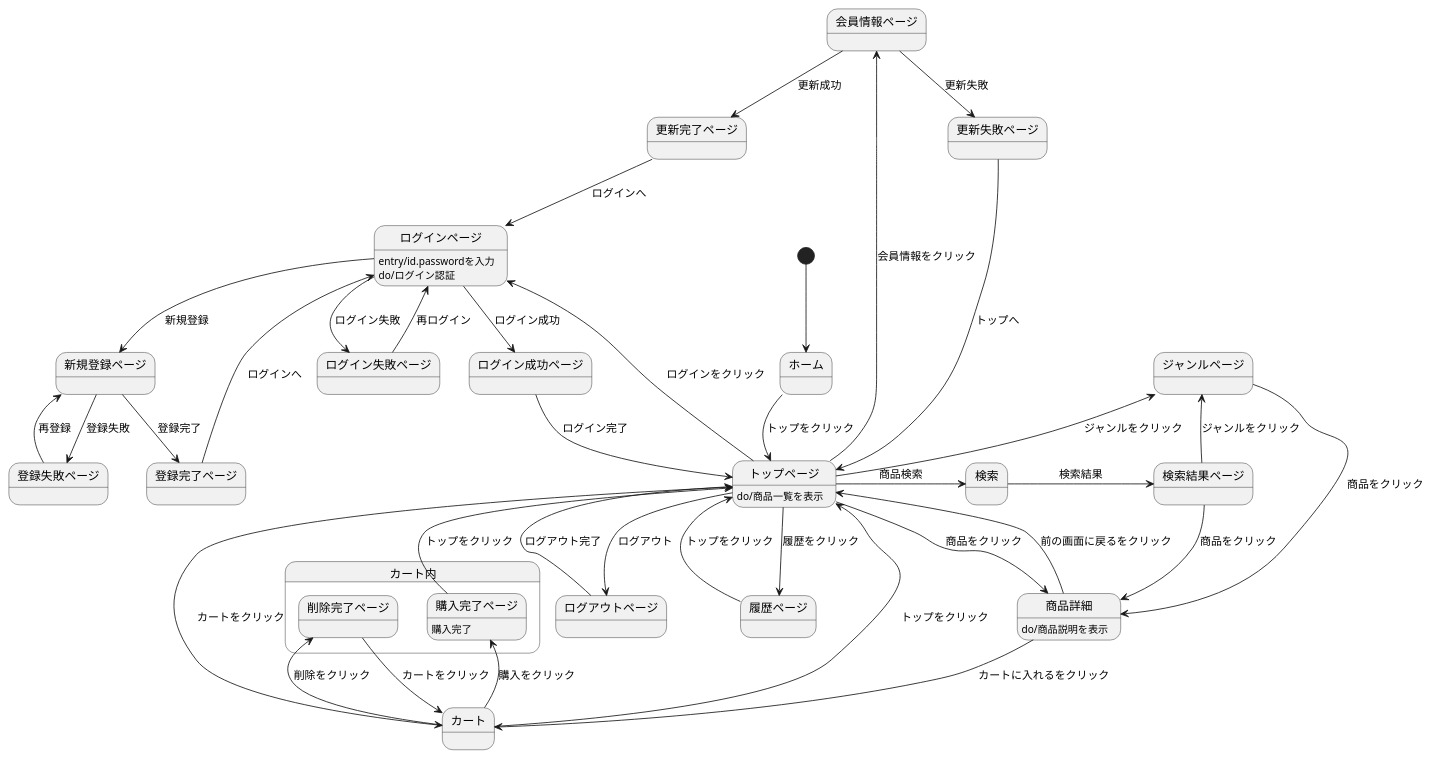
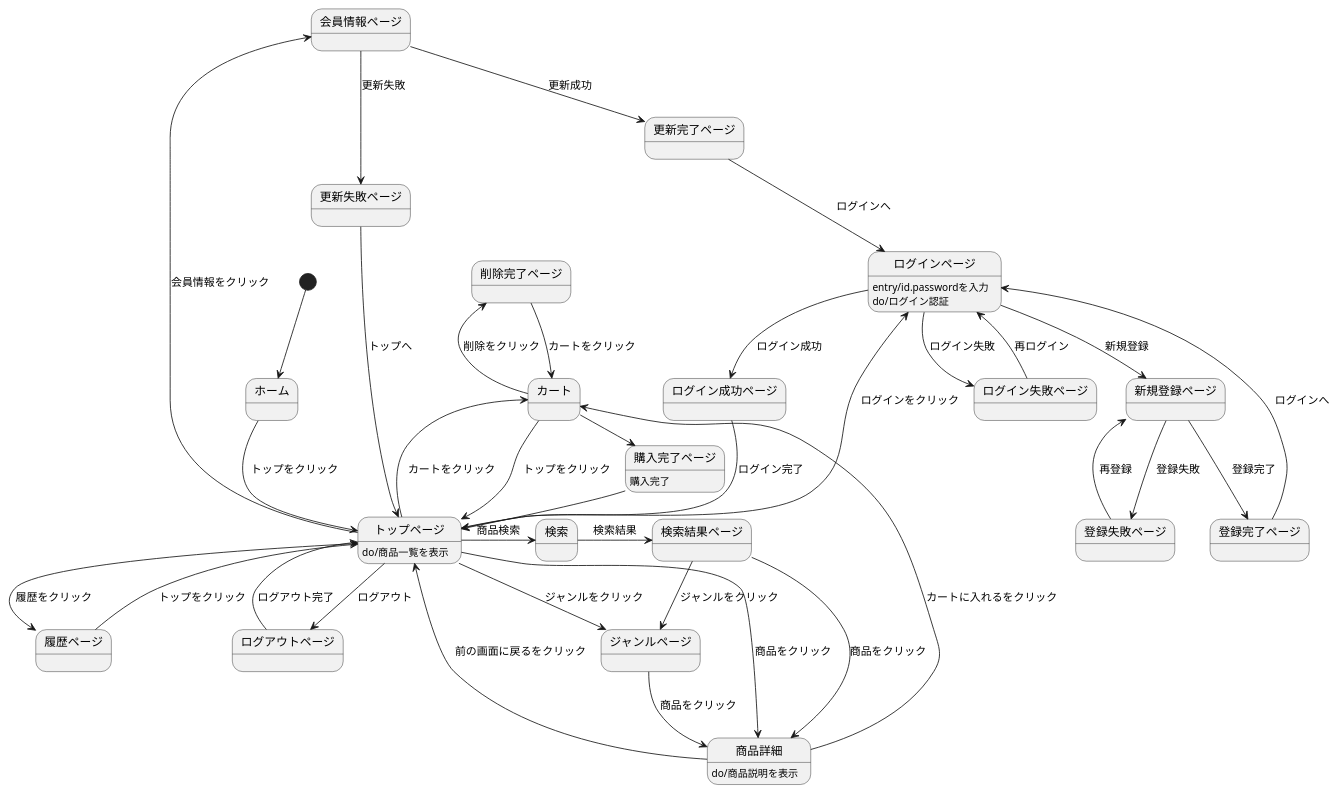
One commit to Aso2001142/2021sys-design changed the diagram in ECサイト/画面遷移図.md. Above: the diagram before and after it, drawn with PlantUML.

````diff
--- a/ECサイト/画面遷移図.md
+++ b/ECサイト/画面遷移図.md
@@ -1,57 +1,57 @@
 ```uml
 @startuml
 [*] --> ホーム
 ホーム --> トップページ : トップをクリック
 トップページ : do/商品一覧を表示
 
 トップページ -left-> ログインページ : ログインをクリック
 ログインページ : entry/id.passwordを入力
 ログインページ : do/ログイン認証
 ログインページ --> ログイン成功ページ : ログイン成功
 ログイン成功ページ --> トップページ : ログイン完了
 ログインページ --> ログイン失敗ページ : ログイン失敗
 ログイン失敗ページ -left-> ログインページ : 再ログイン
 
 ログインページ --> 新規登録ページ : 新規登録
 新規登録ページ --> 登録完了ページ : 登録完了
 登録完了ページ --> ログインページ : ログインへ
 新規登録ページ --> 登録失敗ページ : 登録失敗
 登録失敗ページ --> 新規登録ページ : 再登録
 
 トップページ -> 検索 : 商品検索
 検索 -> 検索結果ページ : 検索結果
 検索結果ページ --> ジャンルページ : ジャンルをクリック
 検索結果ページ --> 商品詳細 : 商品をクリック
 
 トップページ -> 商品詳細 : 商品をクリック
 トップページ --> カート : カートをクリック
 
 トップページ --> ログアウトページ : ログアウト
 ログアウトページ --> トップページ : ログアウト完了
 
 トップページ --> 履歴ページ : 履歴をクリック
 履歴ページ --> トップページ : トップをクリック
 
 トップページ -left-> 会員情報ページ : 会員情報をクリック
 会員情報ページ --> 更新完了ページ : 更新成功
 更新完了ページ --> ログインページ : ログインへ
 会員情報ページ --> 更新失敗ページ : 更新失敗
 更新失敗ページ --> トップページ : トップへ
 
 トップページ -left-> ジャンルページ :  ジャンルをクリック
 ジャンルページ --> 商品詳細 : 商品をクリック
 
 商品詳細 --> カート : カートに入れるをクリック
 商品詳細 --> トップページ : 前の画面に戻るをクリック
 商品詳細 : do/商品説明を表示
 カート -up-> トップページ : トップをクリック
 
-state カート内{
+
 カート -> 購入完了ページ : 購入をクリック
 カート -left> 削除完了ページ : 削除をクリック
 削除完了ページ --> カート : カートをクリック
 購入完了ページ -> トップページ : トップをクリック
 購入完了ページ : 購入完了
-}
+
 @enduml
 ```
````
